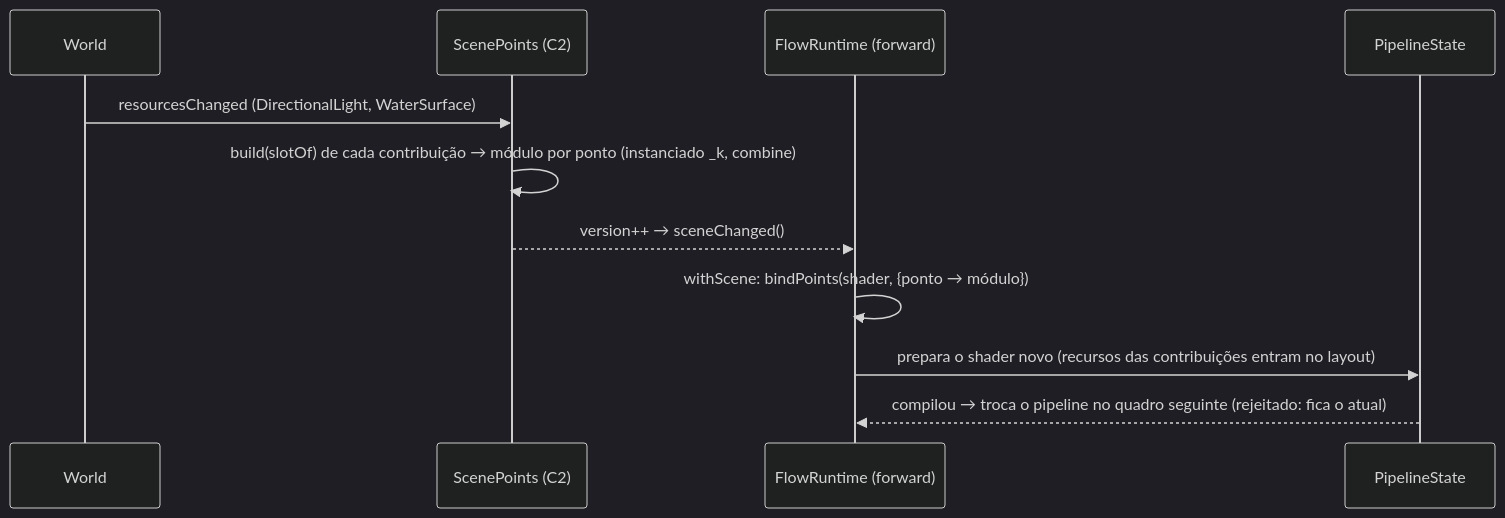
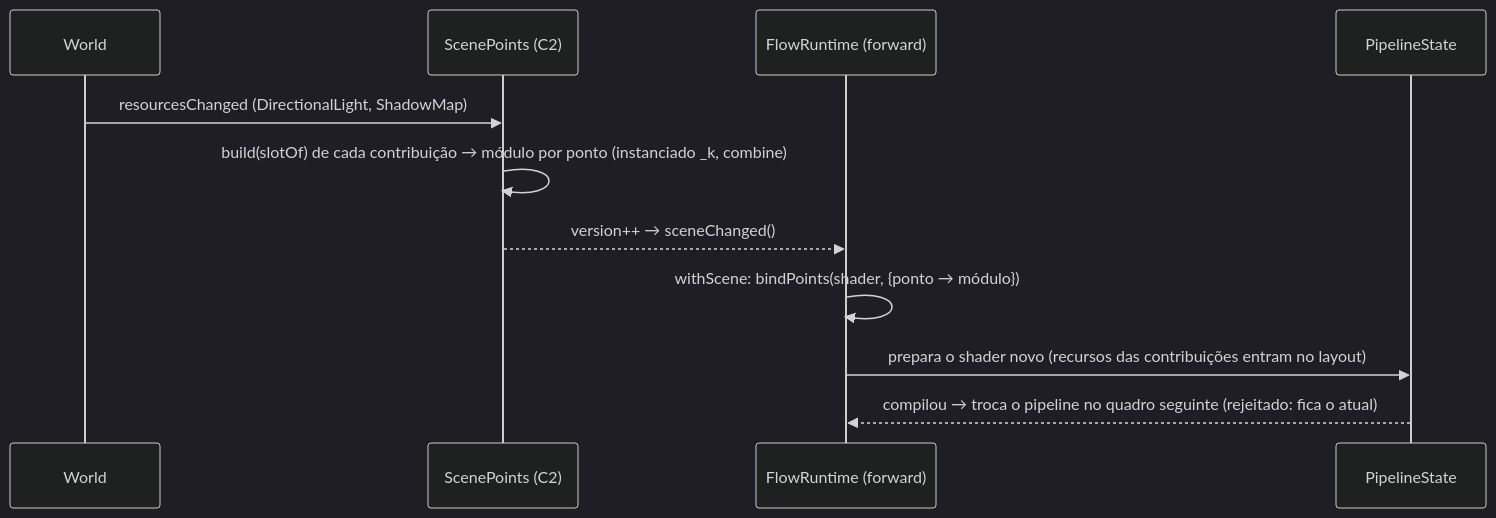
The eighth of 12 diagrams in clay-engine-doc/docs/guides/architecture_resource_loaders.md (dantasgut/clayflow), drawn with Mermaid (dark theme) before and after one commit. The commit also changed other lines of this file and 147 other files, not shown here.

````diff
--- a/clay-engine-doc/docs/guides/architecture_resource_loaders.md
+++ b/clay-engine-doc/docs/guides/architecture_resource_loaders.md
@@ -2449,13 +2420,13 @@
 ```mermaid
 sequenceDiagram
   participant W as World
   participant SP as ScenePoints (C2)
   participant FR as FlowRuntime (forward)
   participant PS as PipelineState
-  W->>SP: resourcesChanged (DirectionalLight, WaterSurface)
+  W->>SP: resourcesChanged (DirectionalLight, ShadowMap)
   SP->>SP: build(slotOf) de cada contribuição → módulo por ponto (instanciado _k, combine)
   SP-->>FR: version++ → sceneChanged()
   FR->>FR: withScene: bindPoints(shader, {ponto → módulo})
   FR->>PS: prepara o shader novo (recursos das contribuições entram no layout)
   PS-->>FR: compilou → troca o pipeline no quadro seguinte (rejeitado: fica o atual)
 ```
````
